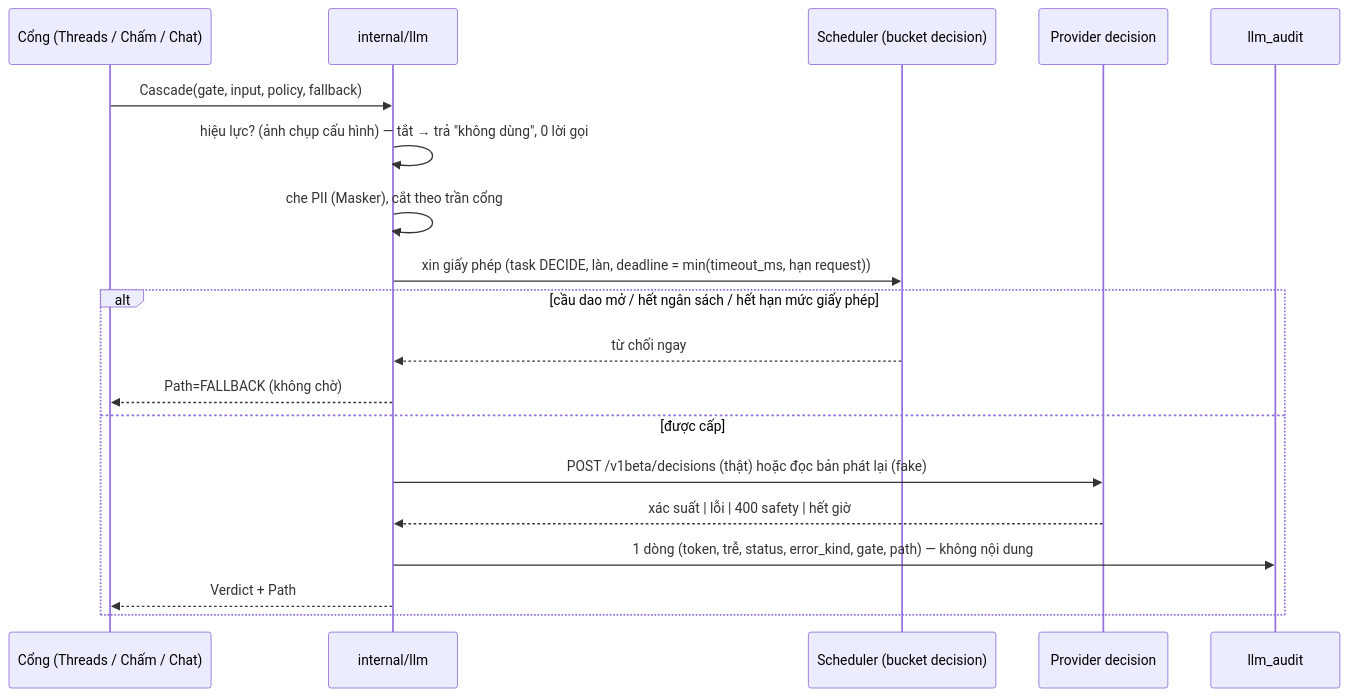
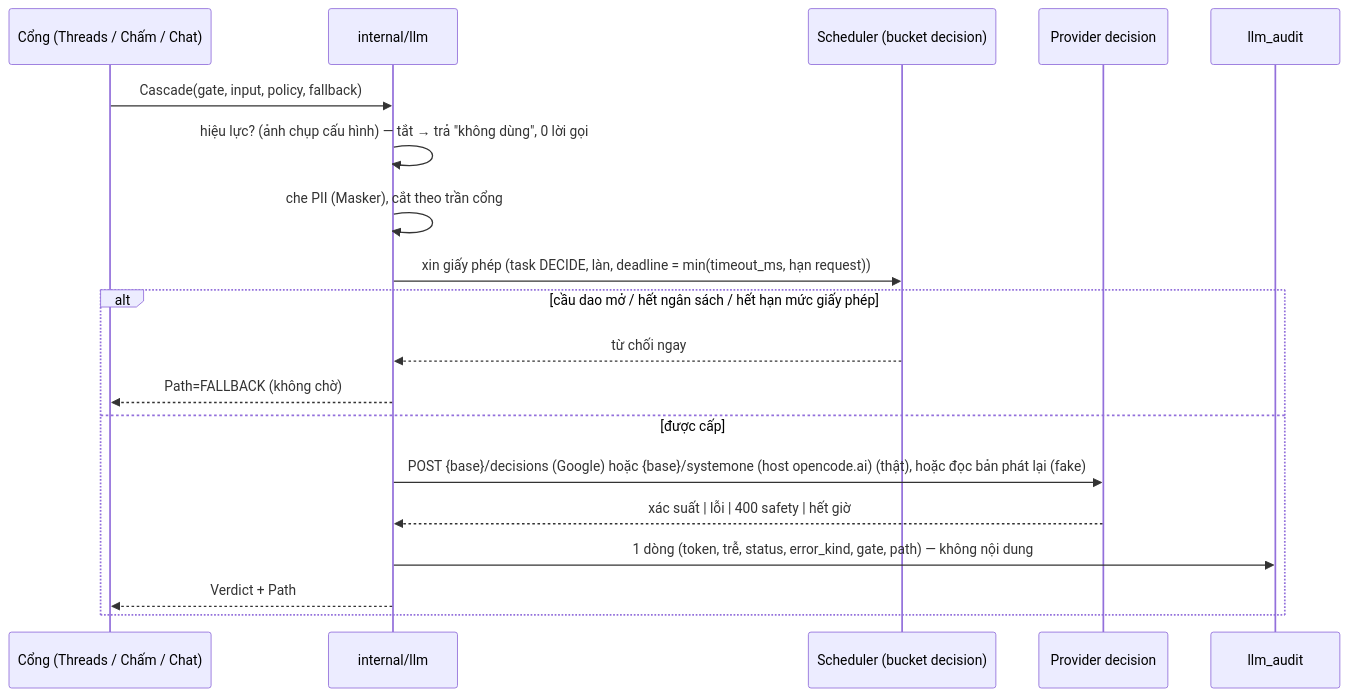
One commit to kagamikuro1024/EduPilot-v2 changed the first of 5 diagrams in docs/specs/FEAT-decision-model/SRS.md. Above: the diagram before and after it, drawn with Mermaid. The commit also changed 4 other files, not shown here.

Commit message:
11: BA P-11-110: decision System One qua opencode.ai (/systemone, Bearer, state); llm-gateway log structured_invalid

````diff
--- a/docs/specs/FEAT-decision-model/SRS.md
+++ b/docs/specs/FEAT-decision-model/SRS.md
@@ -38,21 +38,21 @@
 ```mermaid
 sequenceDiagram
   participant C as Cổng (Threads / Chấm / Chat)
   participant G as internal/llm
   participant S as Scheduler (bucket decision)
   participant P as Provider decision
   participant A as llm_audit
   C->>G: Cascade(gate, input, policy, fallback)
   G->>G: hiệu lực? (ảnh chụp cấu hình) — tắt → trả "không dùng", 0 lời gọi
   G->>G: che PII (Masker), cắt theo trần cổng
   G->>S: xin giấy phép (task DECIDE, làn, deadline = min(timeout_ms, hạn request))
   alt cầu dao mở / hết ngân sách / hết hạn mức giấy phép
     S-->>G: từ chối ngay
     G-->>C: Path=FALLBACK (không chờ)
   else được cấp
-    G->>P: POST /v1beta/decisions (thật) hoặc đọc bản phát lại (fake)
+    G->>P: POST {base}/decisions (Google) hoặc {base}/systemone (host opencode.ai) (thật), hoặc đọc bản phát lại (fake)
     P-->>G: xác suất | lỗi | 400 safety | hết giờ
     G->>A: 1 dòng (token, trễ, status, error_kind, gate, path) — không nội dung
     G-->>C: Verdict + Path
   end
 ```
````
